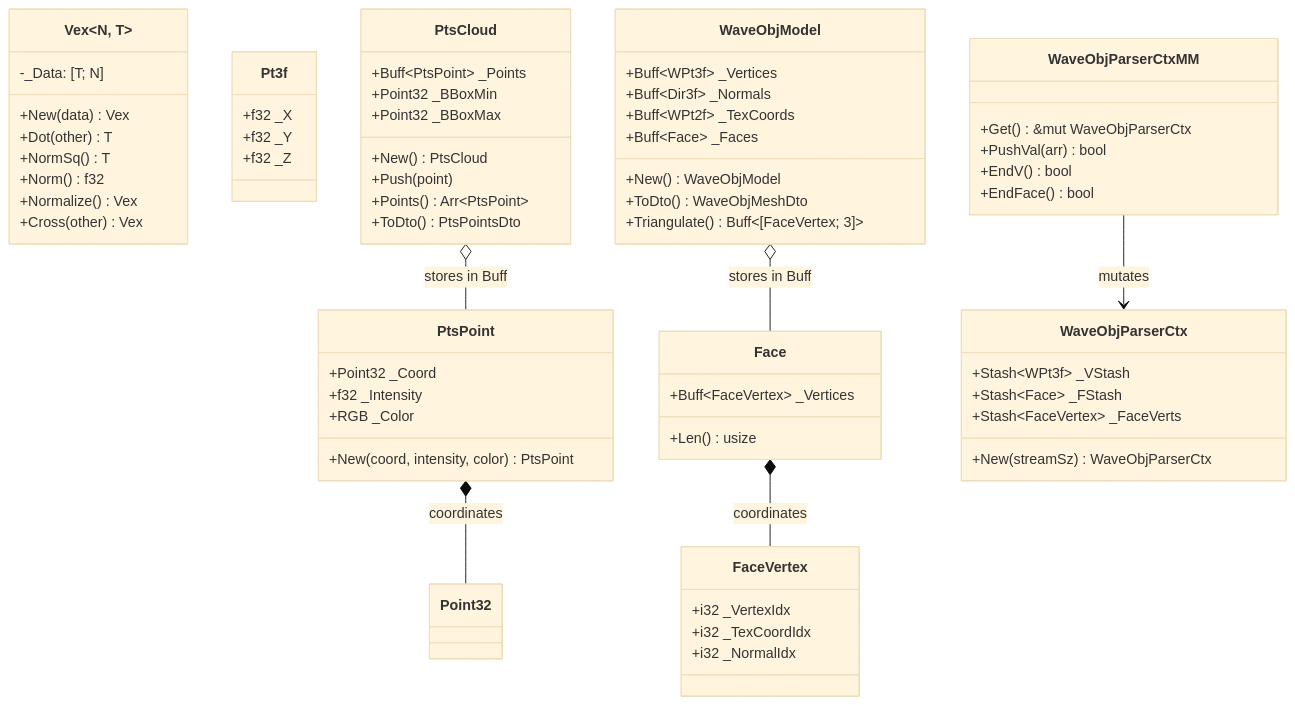
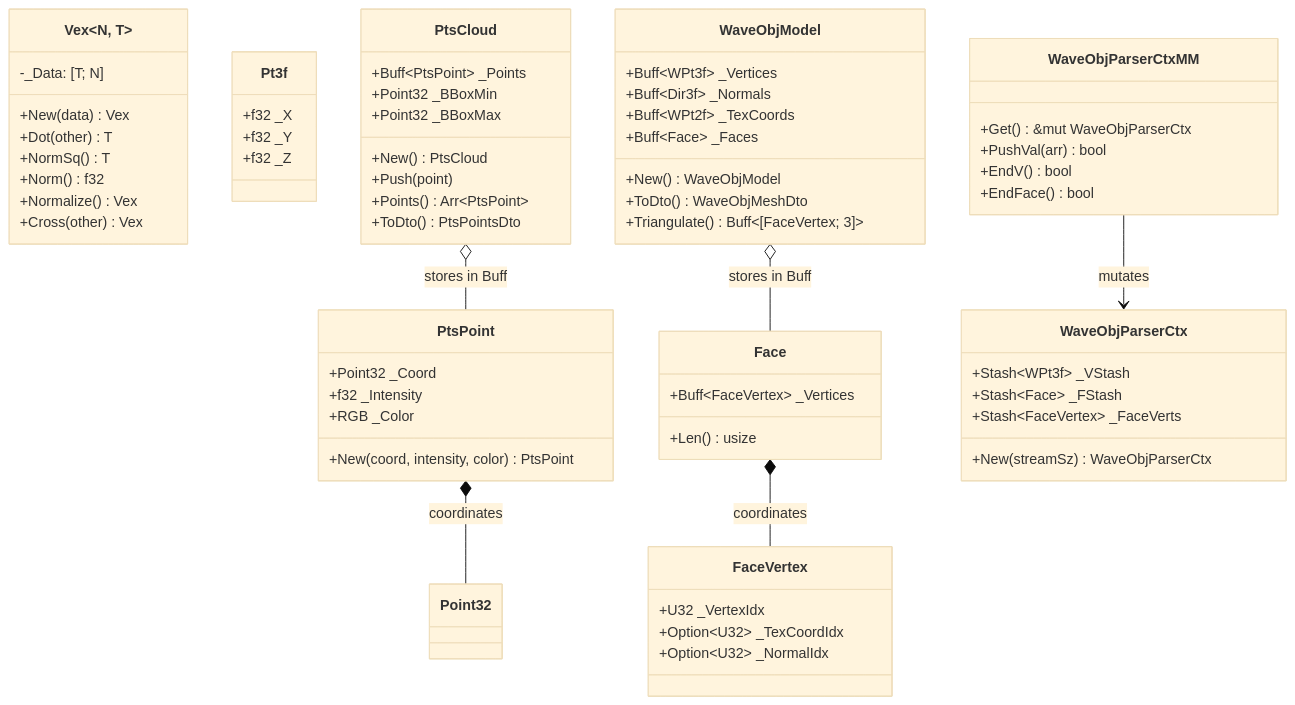
Before and after one commit to jswarup/Kosh: the diagram in wiki/Fleck.md, drawn with Mermaid (base theme). The commit also changed 2 other files, not shown here.

Commit message:
Refactor FaceVertex indices to U32 and cleanup WaveObj parser formatting

````diff
--- a/wiki/Fleck.md
+++ b/wiki/Fleck.md
@@ -15,77 +15,77 @@
 ```mermaid
 classDiagram
     class Vex~N, T~ {
         -_Data: [T; N]
         +New(data) Vex
         +Dot(other) T
         +NormSq() T
         +Norm() f32
         +Normalize() Vex
         +Cross(other) Vex
     }
 
     class Pt3f {
         +f32 _X
         +f32 _Y
         +f32 _Z
     }
 
     class PtsPoint {
         +Point32 _Coord
         +f32 _Intensity
         +RGB _Color
         +New(coord, intensity, color) PtsPoint
     }
 
     class PtsCloud {
         +Buff~PtsPoint~ _Points
         +Point32 _BBoxMin
         +Point32 _BBoxMax
         +New() PtsCloud
         +Push(point)
         +Points() Arr~PtsPoint~
         +ToDto() PtsPointsDto
     }
 
     class WaveObjModel {
         +Buff~WPt3f~ _Vertices
         +Buff~Dir3f~ _Normals
         +Buff~WPt2f~ _TexCoords
         +Buff~Face~ _Faces
         +New() WaveObjModel
         +ToDto() WaveObjMeshDto
         +Triangulate() Buff~[FaceVertex; 3]~
     }
 
     class Face {
         +Buff~FaceVertex~ _Vertices
         +Len() usize
     }
 
     class FaceVertex {
-        +i32 _VertexIdx
-        +i32 _TexCoordIdx
-        +i32 _NormalIdx
+        +U32 _VertexIdx
+        +Option~U32~ _TexCoordIdx
+        +Option~U32~ _NormalIdx
     }
 
 
     class WaveObjParserCtx {
         +Stash~WPt3f~ _VStash
         +Stash~Face~ _FStash
         +Stash~FaceVertex~ _FaceVerts
         +New(streamSz) WaveObjParserCtx
     }
 
     class WaveObjParserCtxMM {
         +Get() &mut WaveObjParserCtx
         +PushVal(arr) bool
         +EndV() bool
         +EndFace() bool
     }
     WaveObjParserCtxMM --> WaveObjParserCtx : mutates
 
     PtsPoint *-- Point32 : coordinates
     PtsCloud o-- PtsPoint : stores in Buff
     WaveObjModel o-- Face : stores in Buff
     Face *-- FaceVertex : coordinates
 ```
````
